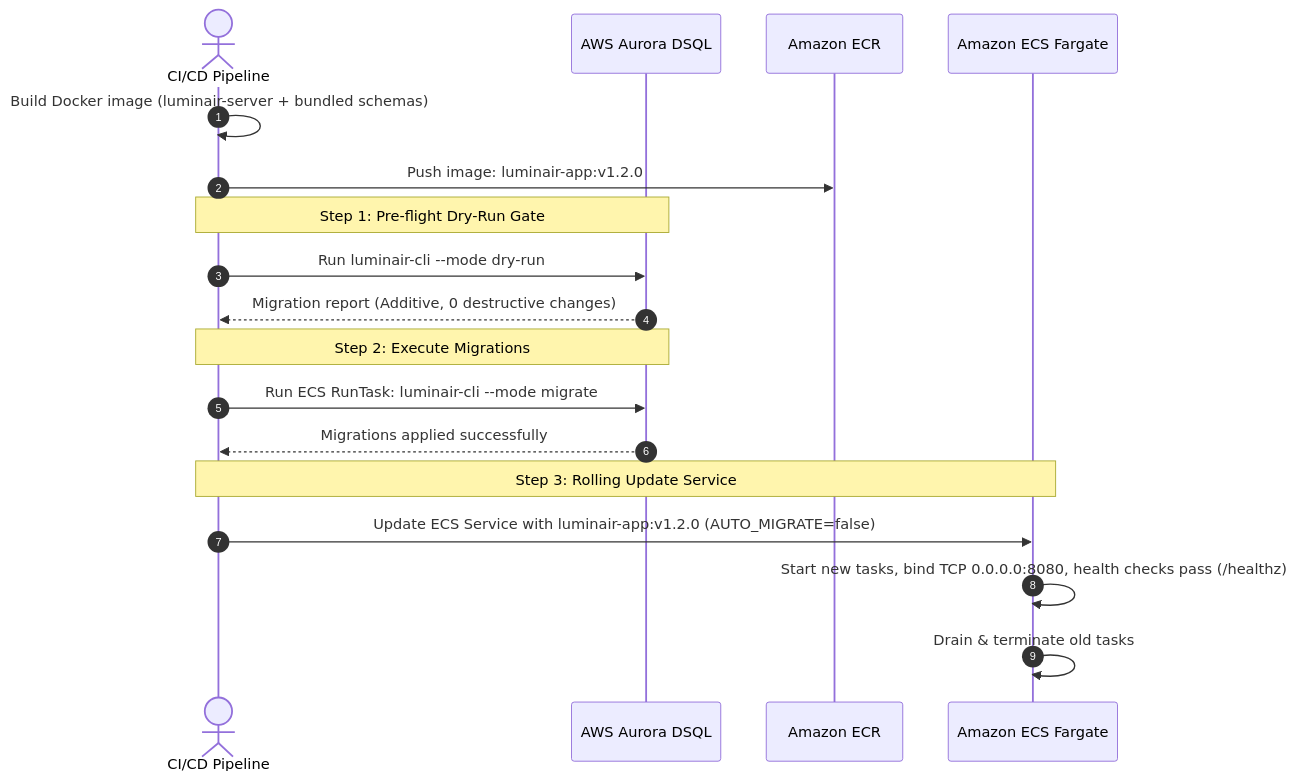
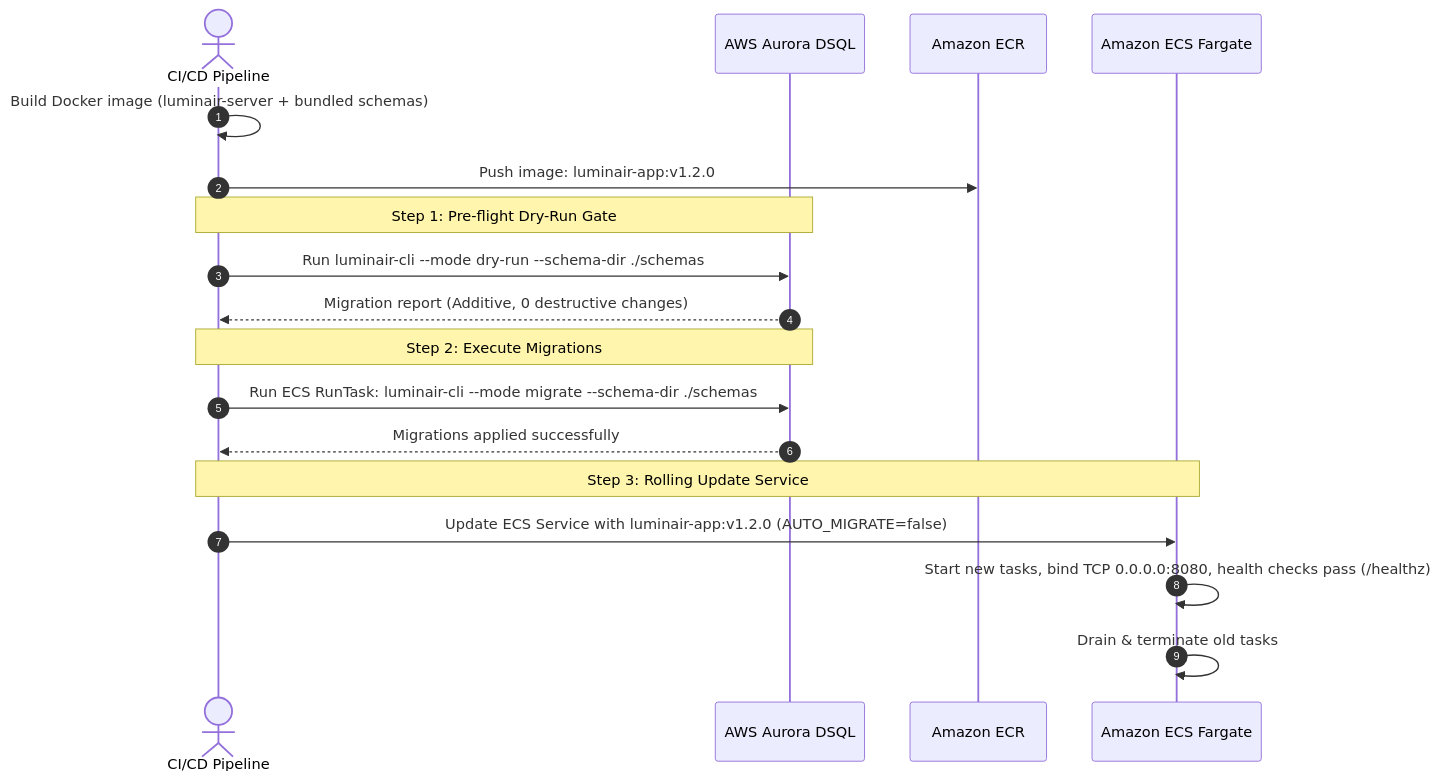
One commit to luminair-cms/luminair-system changed the first of 3 diagrams in docs/refactoring/refactoring-dual-target-lambda-and-microservice.md. Above: the diagram before and after it, drawn with Mermaid. The commit also changed other lines of this file, not shown here.

````diff
--- a/docs/refactoring/refactoring-dual-target-lambda-and-microservice.md
+++ b/docs/refactoring/refactoring-dual-target-lambda-and-microservice.md
@@ -178,24 +297,24 @@
 ```mermaid
 sequenceDiagram
     autonumber
     actor CI as CI/CD Pipeline
     participant DSQL as AWS Aurora DSQL
     participant ECR as Amazon ECR
     participant ECS as Amazon ECS Fargate
 
     CI->>CI: Build Docker image (luminair-server + bundled schemas)
     CI->>ECR: Push image: luminair-app:v1.2.0
     
     Note over CI,DSQL: Step 1: Pre-flight Dry-Run Gate
-    CI->>DSQL: Run luminair-cli --mode dry-run
+    CI->>DSQL: Run luminair-cli --mode dry-run --schema-dir ./schemas
     DSQL-->>CI: Migration report (Additive, 0 destructive changes)
     
     Note over CI,DSQL: Step 2: Execute Migrations
-    CI->>DSQL: Run ECS RunTask: luminair-cli --mode migrate
+    CI->>DSQL: Run ECS RunTask: luminair-cli --mode migrate --schema-dir ./schemas
     DSQL-->>CI: Migrations applied successfully
     
     Note over CI,ECS: Step 3: Rolling Update Service
     CI->>ECS: Update ECS Service with luminair-app:v1.2.0 (AUTO_MIGRATE=false)
     ECS->>ECS: Start new tasks, bind TCP 0.0.0.0:8080, health checks pass (/healthz)
     ECS->>ECS: Drain & terminate old tasks
 ```
````
